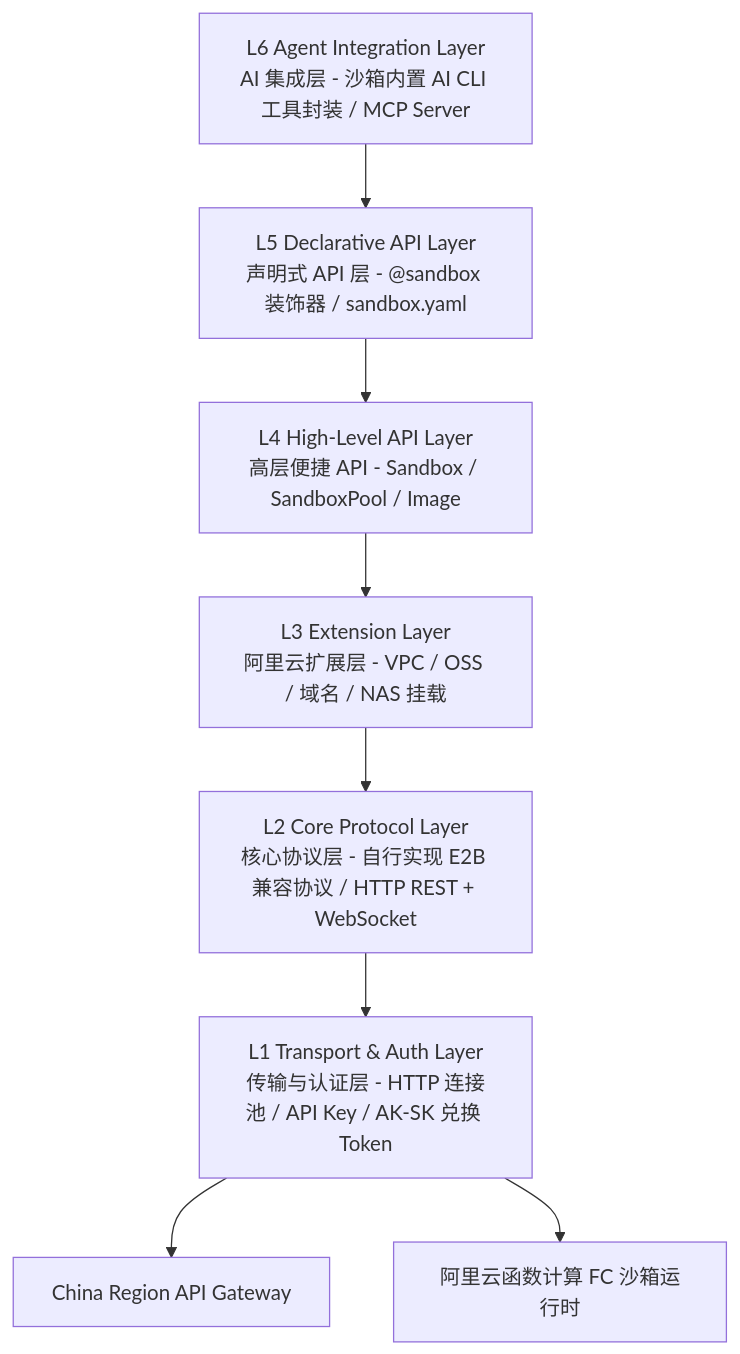
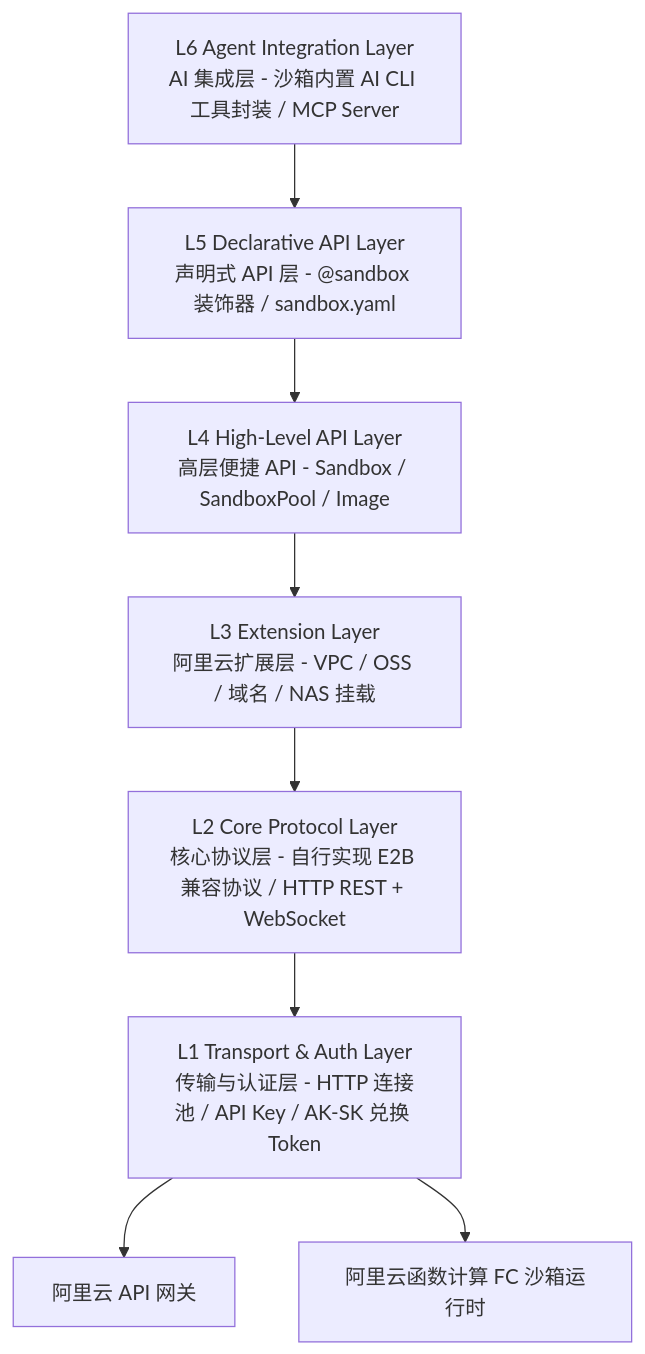
Before and after one commit to Easy-Sandbox/easy-sandbox: the first of 2 diagrams in docs/zh/design/architecture.md, drawn with Mermaid. The commit also changed other lines of this file and 357 other files, not shown here.

````diff
--- a/docs/zh/design/architecture.md
+++ b/docs/zh/design/architecture.md
@@ -9,19 +9,19 @@
 ```mermaid
 graph TD
     L6["L6 Agent Integration Layer<br/>AI 集成层 - 沙箱内置 AI CLI 工具封装 / MCP Server"]
     L5["L5 Declarative API Layer<br/>声明式 API 层 - @sandbox 装饰器 / sandbox.yaml"]
     L4["L4 High-Level API Layer<br/>高层便捷 API - Sandbox / SandboxPool / Image"]
     L3["L3 Extension Layer<br/>阿里云扩展层 - VPC / OSS / 域名 / NAS 挂载"]
     L2["L2 Core Protocol Layer<br/>核心协议层 - 自行实现 E2B 兼容协议 / HTTP REST + WebSocket"]
     L1["L1 Transport & Auth Layer<br/>传输与认证层 - HTTP 连接池 / API Key / AK-SK 兑换 Token"]
-    GW["China Region API Gateway"]
+    GW["阿里云 API 网关"]
     FC["阿里云函数计算 FC 沙箱运行时"]
 
     L6 --> L5
     L5 --> L4
     L4 --> L3
     L3 --> L2
     L2 --> L1
     L1 --> GW
     L1 --> FC
 ```
````
